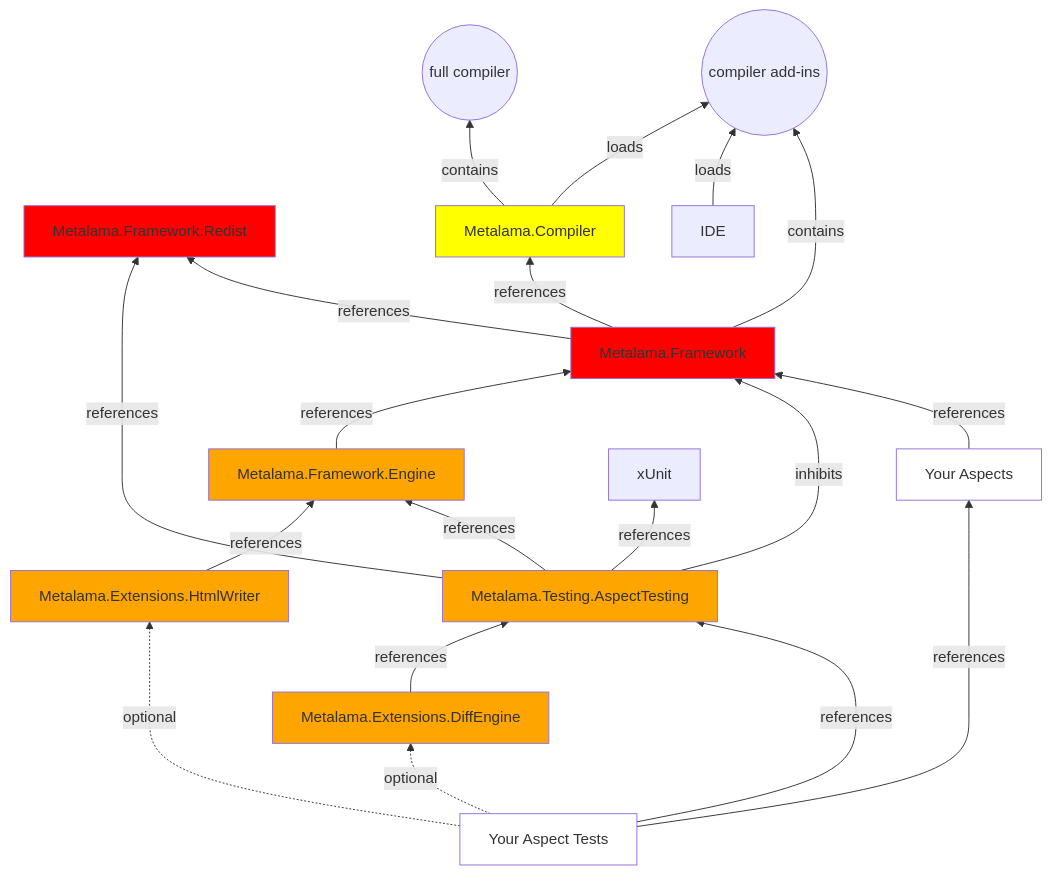
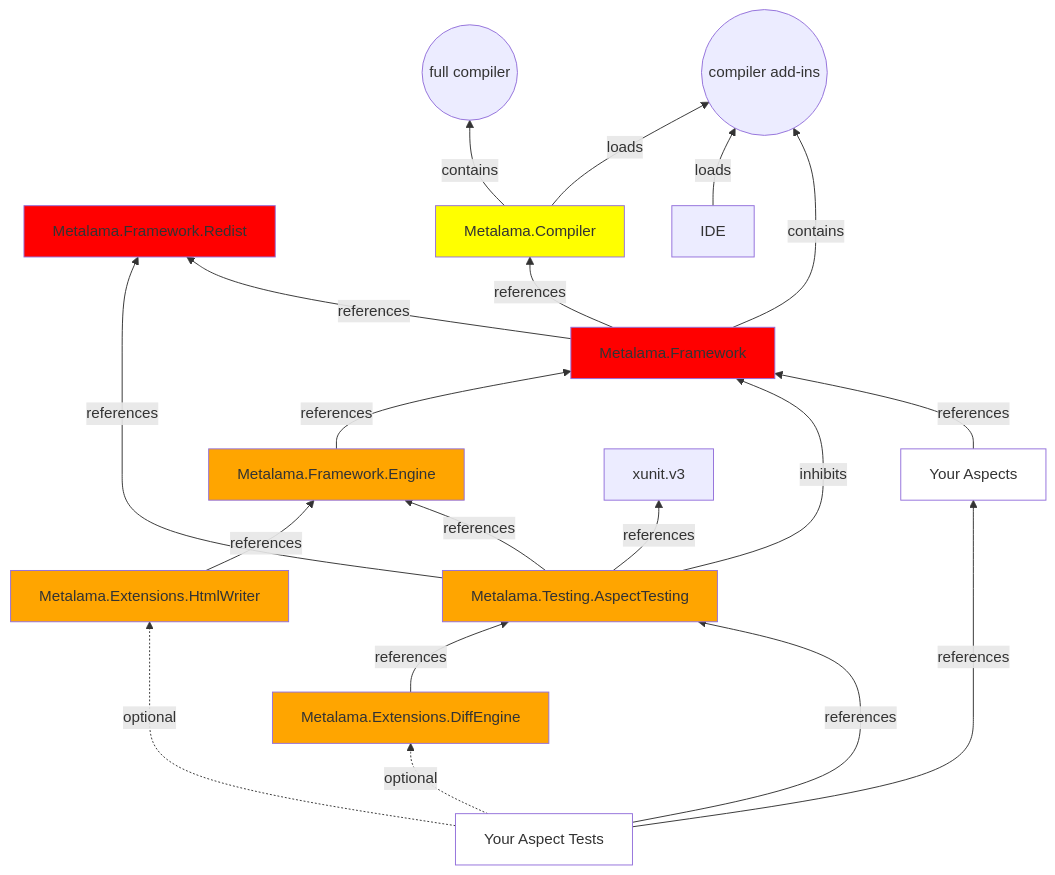
Before and after one commit to metalama/Metalama.Documentation: the second of 4 diagrams in content/conceptual/configuration/packages.md, drawn with Mermaid. The commit also changed other lines of this file and 19 other files, not shown here.

Commit message:
Migrate the tests to xunit.v3 (metalama/Metalama#2075)

````diff
--- a/content/conceptual/configuration/packages.md
+++ b/content/conceptual/configuration/packages.md
@@ -61,53 +61,53 @@
 ```mermaid
 graph BT
     YourCode -- references --> Metalama.Framework
     YourTests -- references --> YourCode
     Metalama.Framework -- references --> Metalama.Framework.Redist
     Metalama.Framework -- references-->  Metalama.Compiler
     Metalama.Framework -- contains --> analyzers((compiler add-ins))
     Metalama.Testing.AspectTesting -- references --> Metalama.Framework.Redist
     Metalama.Testing.AspectTesting -- inhibits --> Metalama.Framework
     Metalama.Testing.AspectTesting -- references--> Metalama.Framework.Engine
-    Metalama.Testing.AspectTesting -- references--> xUnit
+    Metalama.Testing.AspectTesting -- references--> xunit.v3
     Metalama.Framework.Engine -- references --> Metalama.Framework
     YourTests -- references --> Metalama.Testing.AspectTesting
     YourTests -. optional .-> Metalama.Extensions.HtmlWriter
     YourTests -. optional .-> Metalama.Extensions.DiffEngine
     Metalama.Extensions.HtmlWriter -- references --> Metalama.Framework.Engine
     Metalama.Extensions.DiffEngine -- references --> Metalama.Testing.AspectTesting
     IDE -- loads --> analyzers
     Metalama.Compiler -- loads --> analyzers
 
     YourCode[Your Aspects]
     YourTests[Your Aspect Tests]
 
     Metalama.Compiler -- contains --> compiler((full compiler))
 
     classDef testing fill:orange;
     class Metalama.Testing.AspectTesting testing;
     class Metalama.Framework.Engine testing;
     class Metalama.Framework.Introspection testing;
     class Metalama.Framework.Workspaces testing;
     class Metalama.LinqPad testing;
     class Metalama.Extensions.HtmlWriter testing;
     class Metalama.Extensions.DiffEngine testing;
 
     classDef compileTime fill:yellow;
     class Metalama.Compiler compileTime;
     class Metalama.Compiler.Sdk compileTime;
     class Metalama.Framework.Sdk compileTime;
 
     classDef runTime fill:lightgreen;
     class Metalama.Framework.Redist runTime;
 
     classDef userCode fill:white;
     class YourCode userCode;
     class YourTests userCode;
     class LinqPad userCode;
 
     classDef framework fill:red;
     class Metalama.Framework.Redist framework;
     class Metalama.Framework framework;
 
 
 ```
````
